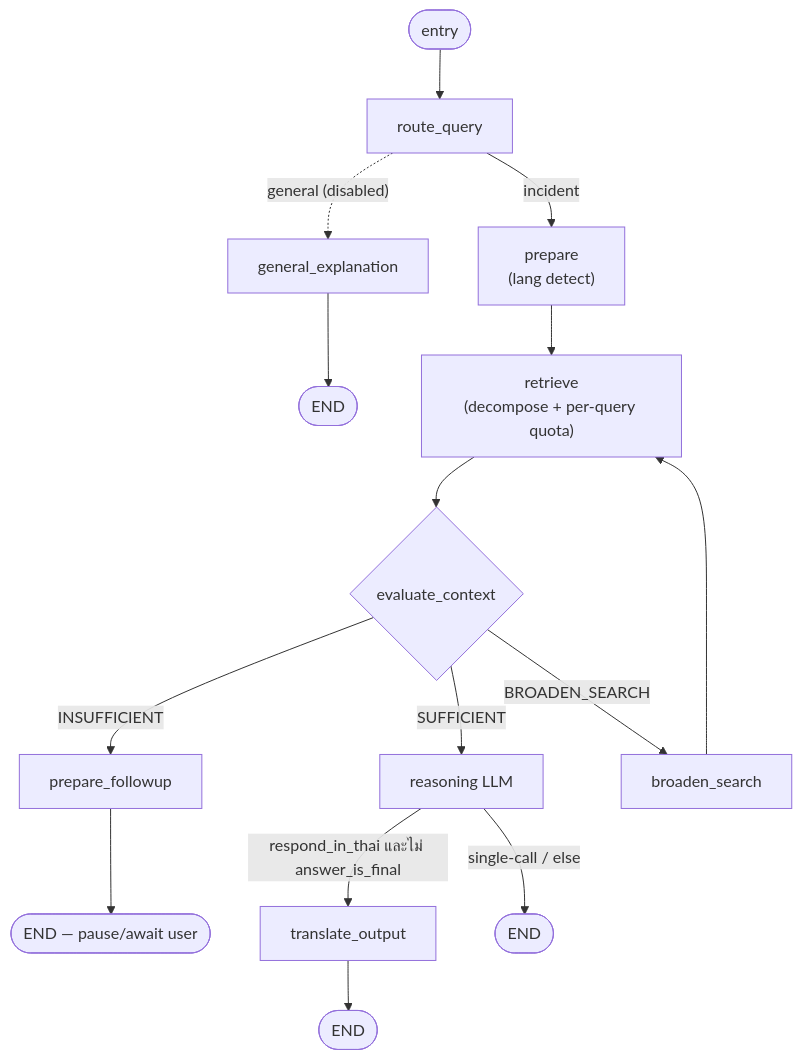
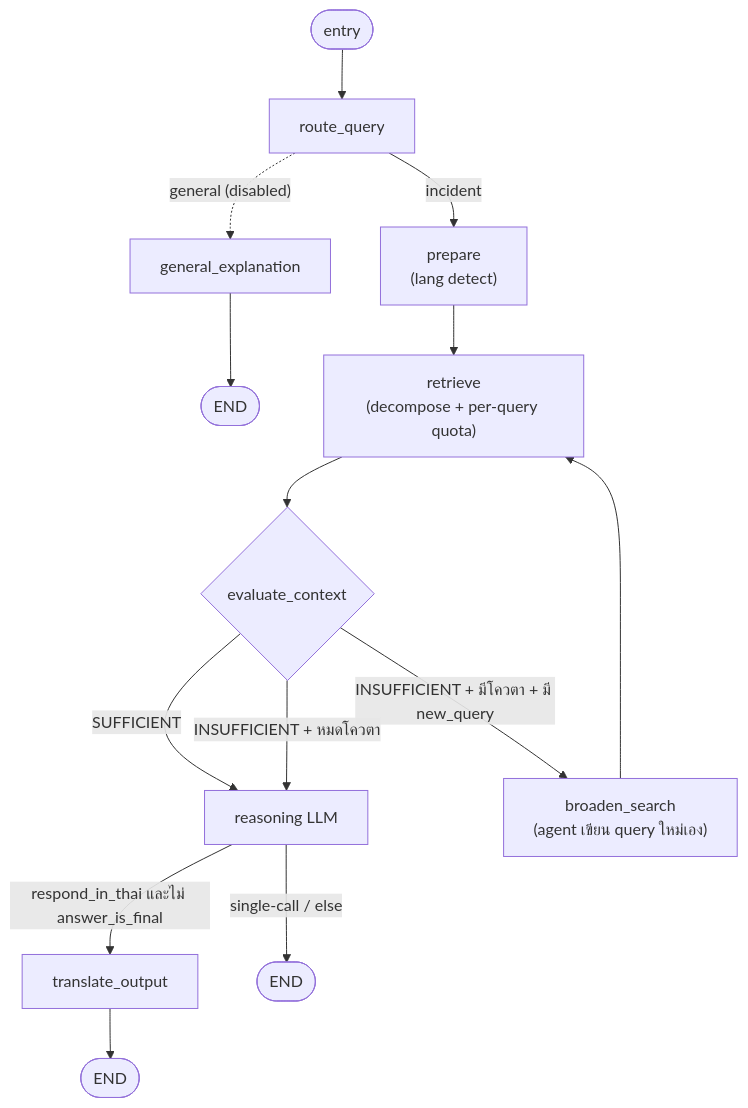
The third of 3 diagrams in rag_service/ARCHITECTURE.md (KKhamwiset/Cybercase-Intelligence-Framework), drawn with Mermaid before and after one commit. The commit also changed other lines of this file and 24 other files, not shown here.

````diff
--- a/rag_service/ARCHITECTURE.md
+++ b/rag_service/ARCHITECTURE.md
@@ -273,13 +271,13 @@
 ```mermaid
 flowchart TD
     START([entry]) --> RQ["route_query"]
     RQ -->|incident| PREP["prepare<br/>(lang detect)"]
     RQ -.->|"general (disabled)"| GE["general_explanation"] --> E1([END])
     PREP --> RET["retrieve<br/>(decompose + per-query quota)"]
     RET --> EVAL{"evaluate_context"}
     EVAL -->|SUFFICIENT| REASON["reasoning LLM"]
-    EVAL -->|INSUFFICIENT| FU["prepare_followup"] --> E2([END — pause/await user])
-    EVAL -->|BROADEN_SEARCH| BRD["broaden_search"] --> RET
+    EVAL -->|"INSUFFICIENT + มีโควตา + มี new_query"| BRD["broaden_search<br/>(agent เขียน query ใหม่เอง)"] --> RET
+    EVAL -->|"INSUFFICIENT + หมดโควตา"| REASON
     REASON -->|respond_in_thai และไม่ answer_is_final| TR["translate_output"] --> E3([END])
     REASON -->|single-call / else| E4([END])
 ```
````
